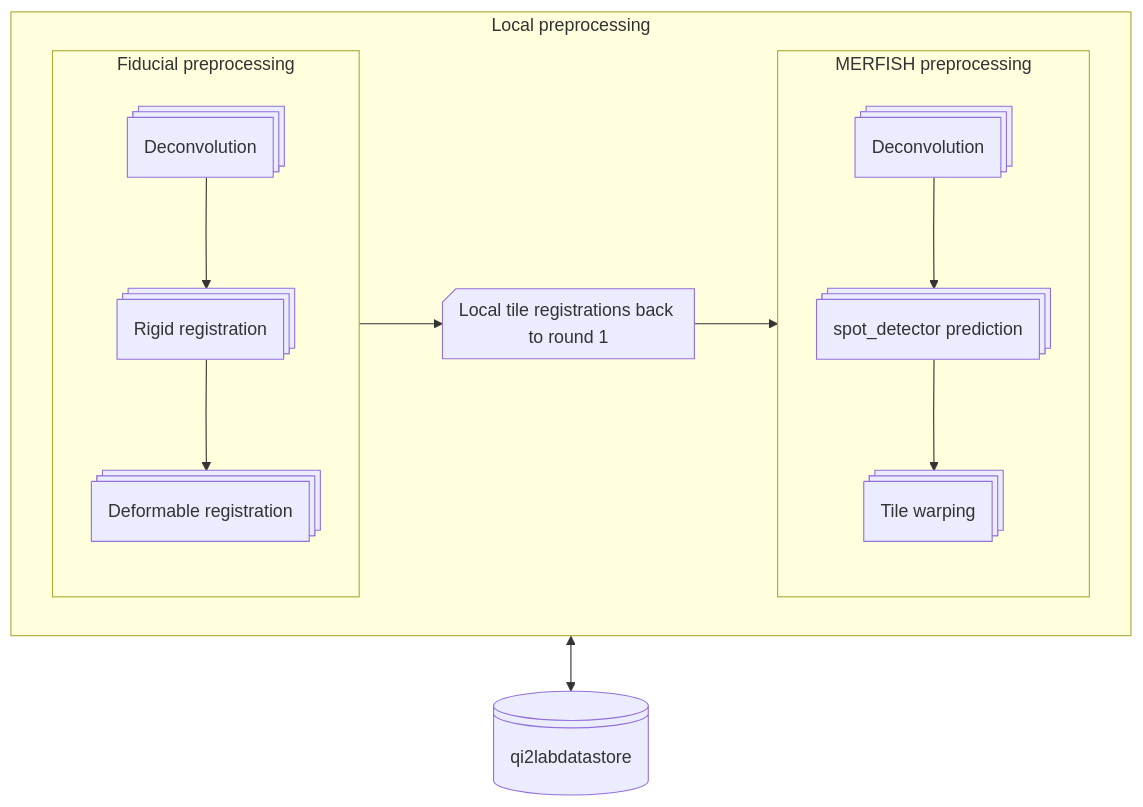
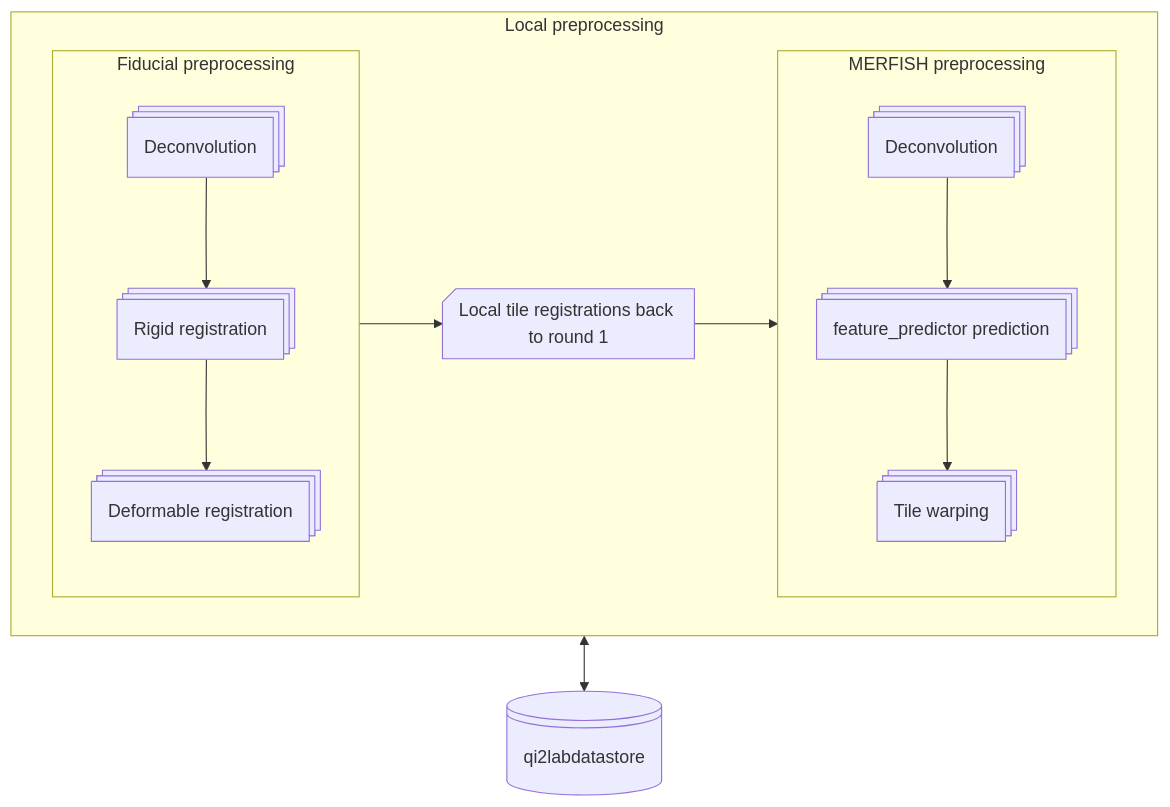
The third of 6 diagrams in docs/workflow.md (QI2lab/merfish3d-analysis), drawn with Mermaid before and after one commit. The commit also changed 10 other files, not shown here.

Commit message:
Rename 'spot_detector' references to 'feature_predictor' across documentation and codebase

````diff
--- a/docs/workflow.md
+++ b/docs/workflow.md
@@ -60,36 +60,36 @@
 ```mermaid
 %%{init: { "theme": "default", "themeVariables": { "htmlLabels": true, "curve": "linear", "layout": "elk" } } }%%
 flowchart TD
  subgraph s2["MERFISH preprocessing"]
         n17["Deconvolution"]
-        n18["spot_detector prediction"]
+        n18["feature_predictor prediction"]
         n19["Tile warping"]
   end
  subgraph s3["Fiducial preprocessing"]
         n14["Deconvolution"]
         n15["Rigid registration"]
         n16["Deformable registration"]
   end
  subgraph s1["Local preprocessing"]
         s2
         s3
         n1["Local tile registrations back to round 1"]
   end
   n13["qi2labdatastore"]
    
     s3 --> n1
     n1 --> s2
     s1 <--> n13
     n14 --> n15
     n15 --> n16
     n17 --> n18
     n18 --> n19
     n1@{ shape: notch-rect}
     n13@{ shape: lin-cyl}
     n14@{ shape: procs}
     n15@{ shape: procs}
     n16@{ shape: procs}
     n17@{ shape: procs}
     n18@{ shape: procs}
     n19@{ shape: procs}
 ```
````
